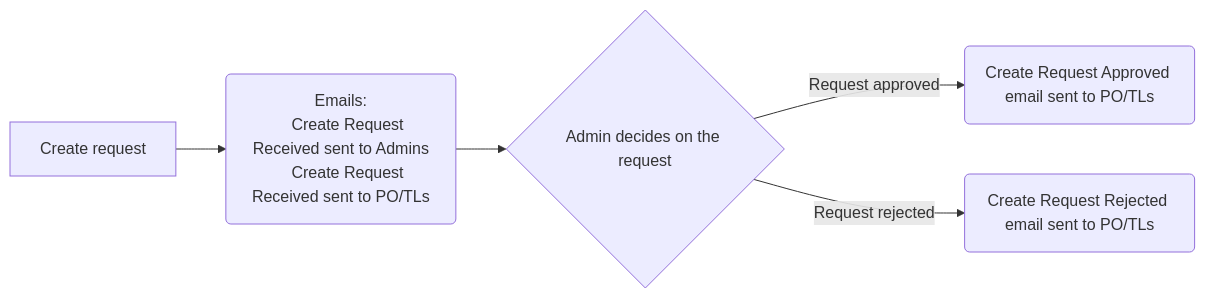
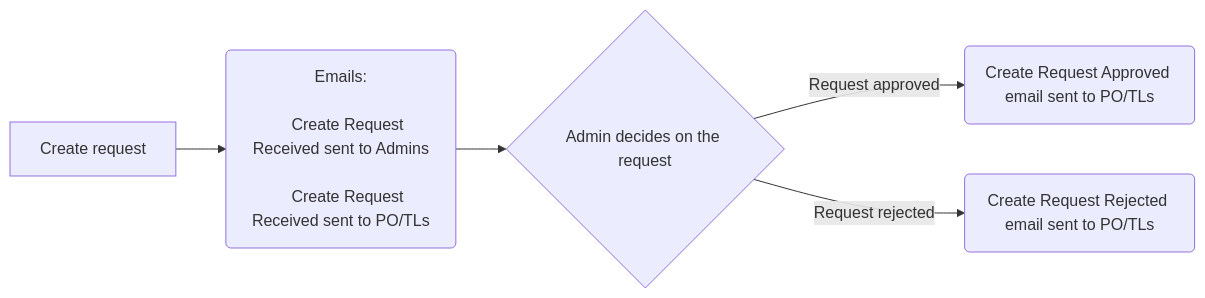
The first of 4 diagrams in docs/email-scenarios.md (bcgov/platform-services-registry), drawn with Mermaid before and after one commit. The commit also changed other lines of this file, not shown here.

Commit message:
new line add to mermaid diagram

````diff
--- a/docs/email-scenarios.md
+++ b/docs/email-scenarios.md
@@ -28,10 +28,10 @@
 ```mermaid
 flowchart LR
-    A[Create request] --> B(Emails:
-    Create Request Received sent to Admins
+    A[Create request] --> B(Emails:<br>
+    Create Request Received sent to Admins<br>
     Create Request Received sent to PO/TLs
     )
     B --> C{Admin decides on the request}
     C -->|Request approved| D(Create Request Approved email sent to PO/TLs)
     C -->|Request rejected| E(Create Request Rejected email sent to PO/TLs)
 ```
````
